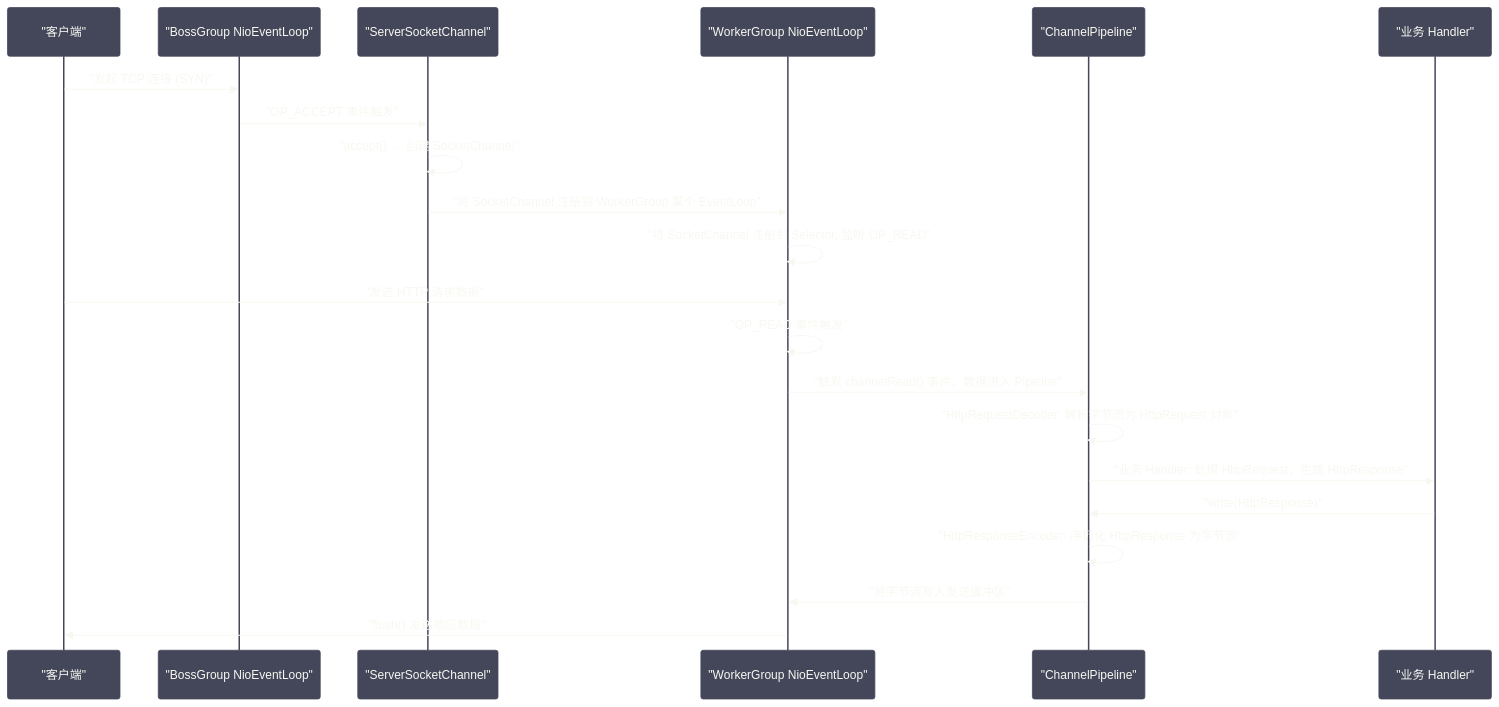
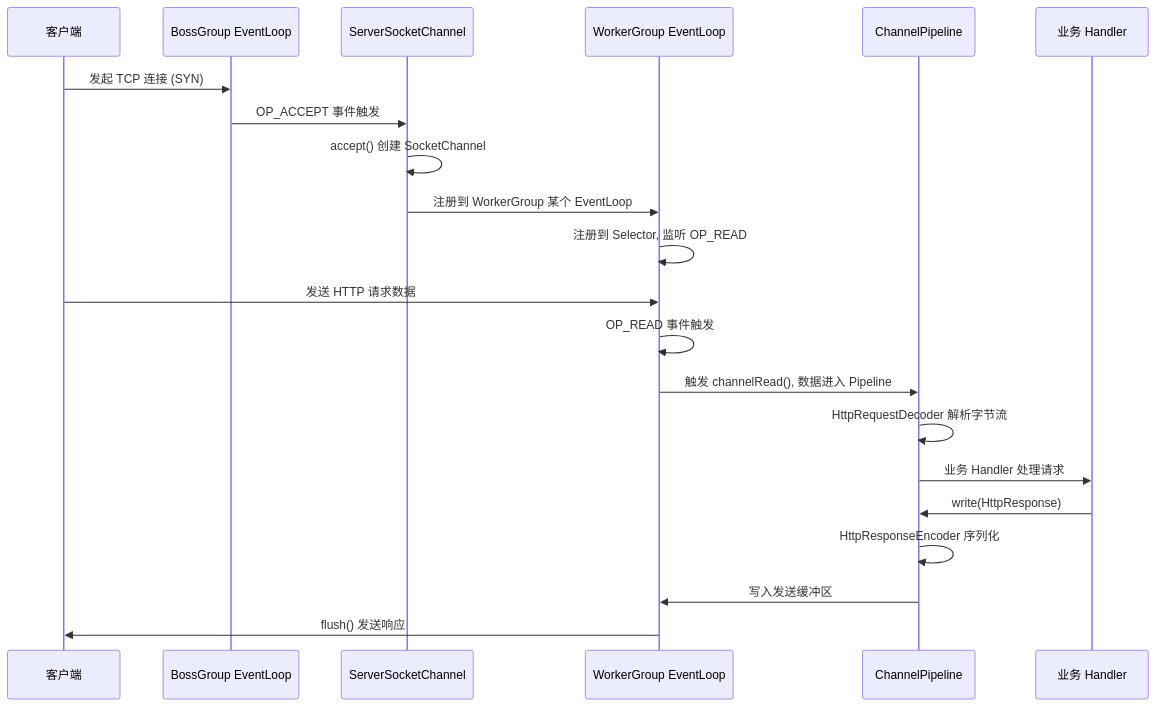
One commit to hpliStartAgain/my-brain changed the third of 4 diagrams in content/Java/Netty/02 Netty全局架构——从BossGroup到ChannelPipeline.md. Above: the diagram before and after it, drawn with Mermaid. The commit also changed other lines of this file and 15 other files, not shown here.

````diff
--- a/content/Java/Netty/02 Netty全局架构——从BossGroup到ChannelPipeline.md
+++ b/content/Java/Netty/02 Netty全局架构——从BossGroup到ChannelPipeline.md
@@ -182,26 +162,25 @@
 ```mermaid
-%%{init: {'theme': 'base', 'themeVariables': {'primaryColor': '#6272a4', 'primaryTextColor': '#f8f8f2', 'primaryBorderColor': '#44475a', 'lineColor': '#bd93f9', 'secondaryColor': '#44475a', 'background': '#282a36', 'mainBkg': '#44475a', 'nodeBorder': '#6272a4', 'titleColor': '#f8f8f2', 'fontFamily': 'monospace'}}}%%
+%%{init: {'theme': 'dracula'}}%%
 sequenceDiagram
-    participant C as "客户端"
-    participant B as "BossGroup NioEventLoop"
-    participant SS as "ServerSocketChannel"
-    participant W as "WorkerGroup NioEventLoop"
-    participant P as "ChannelPipeline"
-    participant H as "业务 Handler"
+    participant C as 客户端
+    participant B as BossGroup EventLoop
+    participant SS as ServerSocketChannel
+    participant W as WorkerGroup EventLoop
+    participant P as ChannelPipeline
+    participant H as 业务 Handler
 
-    C->>B: "发起 TCP 连接 (SYN)"
-    B->>SS: "OP_ACCEPT 事件触发"
-    SS->>SS: "accept() → 创建 SocketChannel"
-    SS->>W: "将 SocketChannel 注册到 WorkerGroup 某个 EventLoop"
-    W->>W: "将 SocketChannel 注册到 Selector, 监听 OP_READ"
-
-    C->>W: "发送 HTTP 请求数据"
-    W->>W: "OP_READ 事件触发"
-    W->>P: "触发 channelRead() 事件，数据进入 Pipeline"
-    P->>P: "HttpRequestDecoder: 解析字节流为 HttpRequest 对象"
-    P->>H: "业务 Handler: 处理 HttpRequest，生成 HttpResponse"
-    H->>P: "write(HttpResponse)"
-    P->>P: "HttpResponseEncoder: 序列化 HttpResponse 为字节流"
-    P->>W: "将字节流写入发送缓冲区"
-    W->>C: "flush() 发送响应数据"
+    C->>B: 发起 TCP 连接 (SYN)
+    B->>SS: OP_ACCEPT 事件触发
+    SS->>SS: accept() 创建 SocketChannel
+    SS->>W: 注册到 WorkerGroup 某个 EventLoop
+    W->>W: 注册到 Selector, 监听 OP_READ
+    C->>W: 发送 HTTP 请求数据
+    W->>W: OP_READ 事件触发
+    W->>P: 触发 channelRead(), 数据进入 Pipeline
+    P->>P: HttpRequestDecoder 解析字节流
+    P->>H: 业务 Handler 处理请求
+    H->>P: write(HttpResponse)
+    P->>P: HttpResponseEncoder 序列化
+    P->>W: 写入发送缓冲区
+    W->>C: flush() 发送响应
 ```
````
